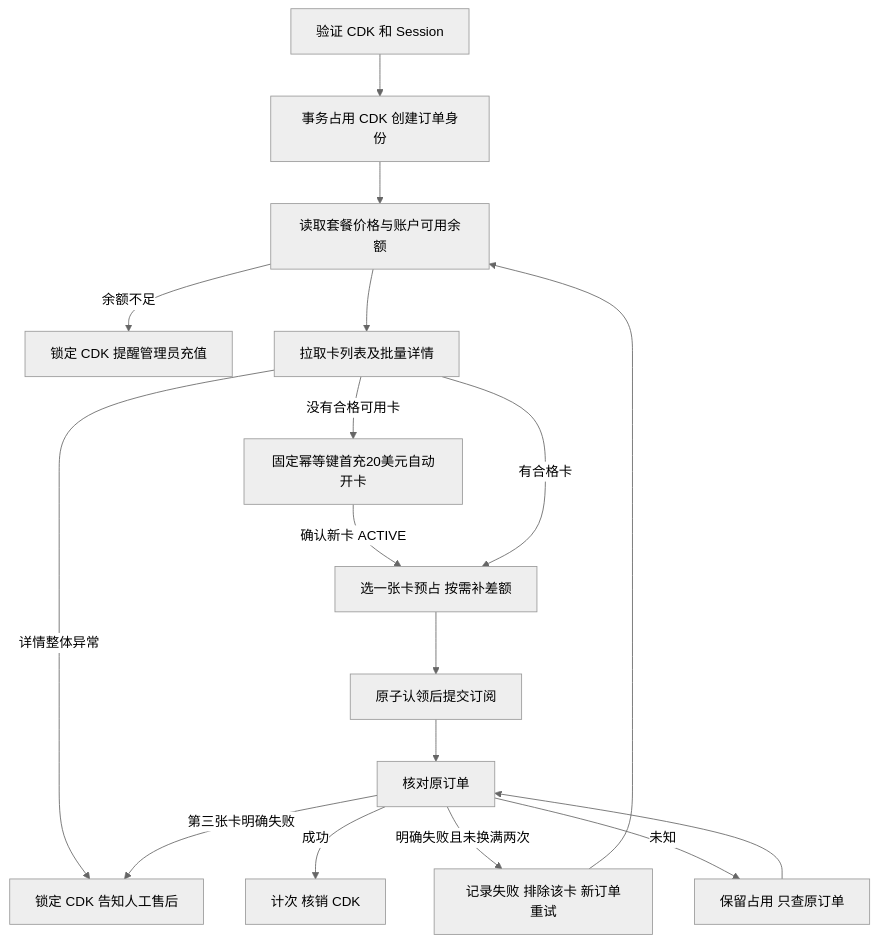
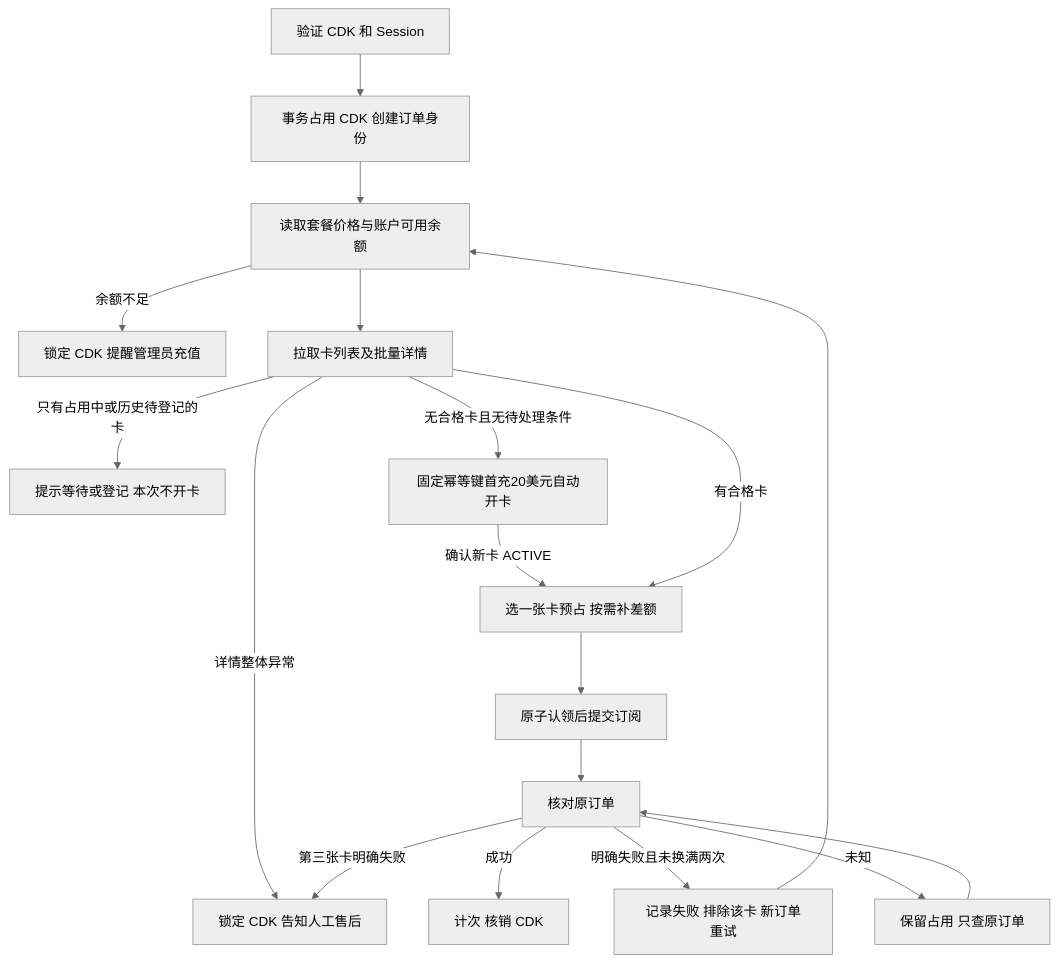
One commit to miracal-0312/Pay-gpt-Orbit changed the diagram in RECHARGE-AUDIT.md. Above: the diagram before and after it, drawn with Mermaid (neutral theme). The commit also changed other lines of this file and 20 other files, not shown here.

````diff
--- a/RECHARGE-AUDIT.md
+++ b/RECHARGE-AUDIT.md
@@ -7,19 +7,20 @@
 ```mermaid
 flowchart TD
     A[验证 CDK 和 Session] --> B[事务占用 CDK 创建订单身份]
     B --> C[读取套餐价格与账户可用余额]
     C -->|余额不足| D[锁定 CDK 提醒管理员充值]
     C --> E[拉取卡列表及批量详情]
     E -->|详情整体异常| F[锁定 CDK 告知人工售后]
-    E -->|没有合格可用卡| M[固定幂等键首充20美元自动开卡]
+    E -->|只有占用中或历史待登记的卡| W[提示等待或登记 本次不开卡]
+    E -->|无合格卡且无待处理条件| M[固定幂等键首充20美元自动开卡]
     M -->|确认新卡 ACTIVE| G
     E -->|有合格卡| G[选一张卡预占 按需补差额]
     G --> H[原子认领后提交订阅]
     H --> I[核对原订单]
     I -->|成功| J[计次 核销 CDK]
     I -->|明确失败且未换满两次| K[记录失败 排除该卡 新订单重试]
     K --> C
     I -->|第三张卡明确失败| F
     I -->|未知| L[保留占用 只查原订单]
     L --> I
 ```
````
